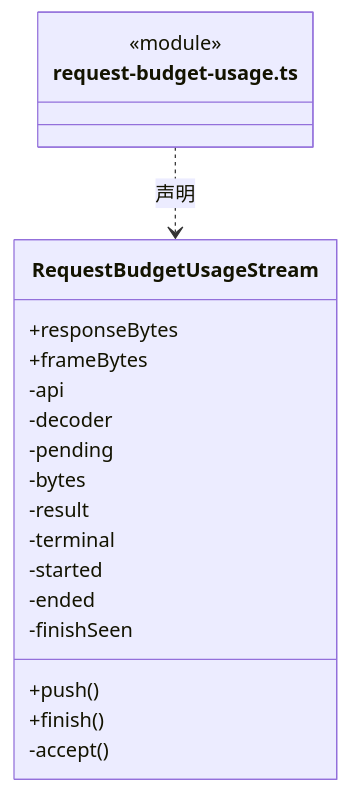
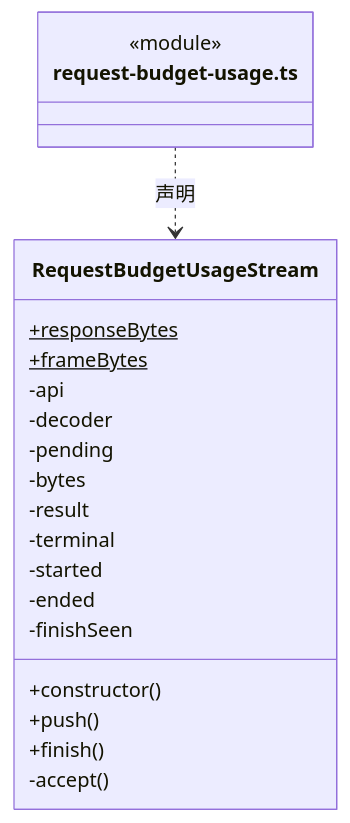
Before and after one commit to nan023062/cbim: the fourth of 5 diagrams in src/logic/execution/engines/transport/ARCHITECTURE.md, drawn with Mermaid. The commit also changed other lines of this file and 139 other files, not shown here.

Commit message:
docs(architecture): add source reading paths and complete file inventories

````diff
--- a/src/logic/execution/engines/transport/ARCHITECTURE.md
+++ b/src/logic/execution/engines/transport/ARCHITECTURE.md
@@ -64,23 +69,24 @@
 ```mermaid
 classDiagram
 class N_src_logic_execution_engines_transport_request_budget_usage_ts["request-budget-usage.ts"] {
   <<module>>
 }
 class N_src_logic_execution_engines_transport_request_budget_usage_ts_RequestBudgetUsageStream["RequestBudgetUsageStream"] {
-  +responseBytes
-  +frameBytes
+  +responseBytes$
+  +frameBytes$
+  +constructor()
   +push()
   +finish()
   -api
   -decoder
   -pending
   -bytes
   -result
   -terminal
   -started
   -ended
   -finishSeen
   -accept()
 }
 N_src_logic_execution_engines_transport_request_budget_usage_ts ..> N_src_logic_execution_engines_transport_request_budget_usage_ts_RequestBudgetUsageStream : 声明
 ```
````
